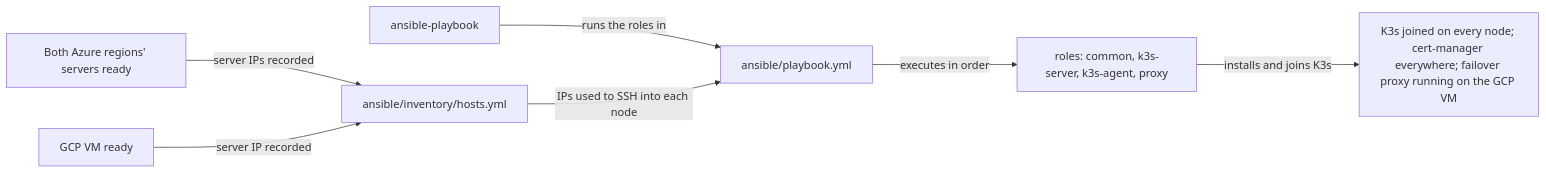
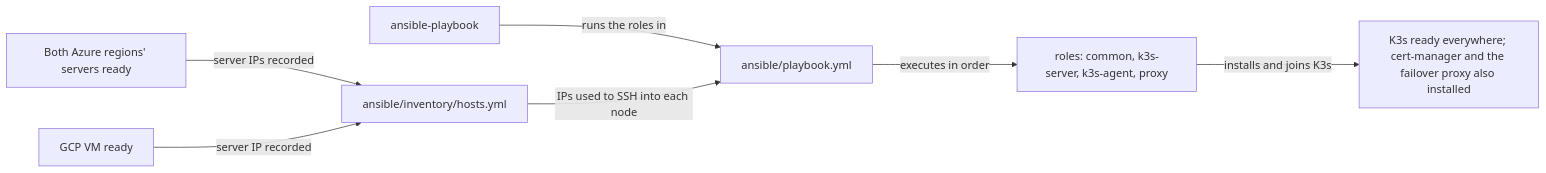
Before and after one commit to Dennis4507/cloud-native-ha-platform: the second of 4 diagrams in README.md, drawn with Mermaid. The commit also changed other lines of this file, not shown here.

Commit message:
Trim the two longest node labels in the pipeline diagrams
Phase 2 was the one purely linear diagram (no branching to spread it
into rows the way Phases 1, 3, and 4 naturally do), so it was the most
likely to render as one long strip. Its worst offender was a single
91-character node; trimmed to the same facts in about 20% less text.
Phase 4's final node also repeated "health check fails" that the arrow
feeding it already says, so cut the repeat and kept just the result.

````diff
--- a/README.md
+++ b/README.md
@@ -78,10 +78,10 @@
 ```mermaid
 %%{init: {'flowchart': {'nodeSpacing': 60, 'rankSpacing': 80}}}%%
 flowchart LR
     IN1["Both Azure regions' servers ready"] -->|server IPs recorded| A1["ansible/inventory/hosts.yml"]
     IN2["GCP VM ready"] -->|server IP recorded| A1
     CMD3["ansible-playbook"] -->|runs the roles in| A2["ansible/playbook.yml"]
     A1 -->|IPs used to SSH into each node| A2
     A2 -->|executes in order| A3["roles: common, k3s-server, k3s-agent, proxy"]
-    A3 -->|installs and joins K3s| OUT3["K3s joined on every node; cert-manager everywhere; failover proxy running on the GCP VM"]
+    A3 -->|installs and joins K3s| OUT3["K3s ready everywhere; cert-manager and the failover proxy also installed"]
 ```
````
